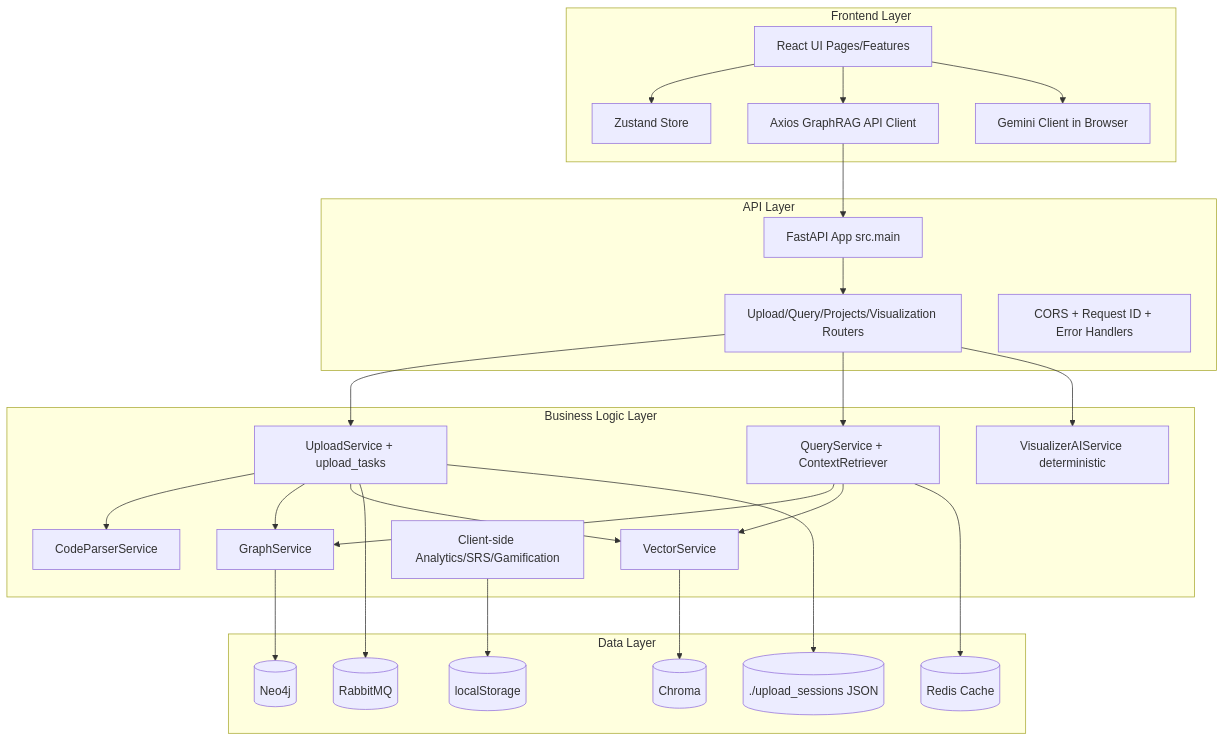
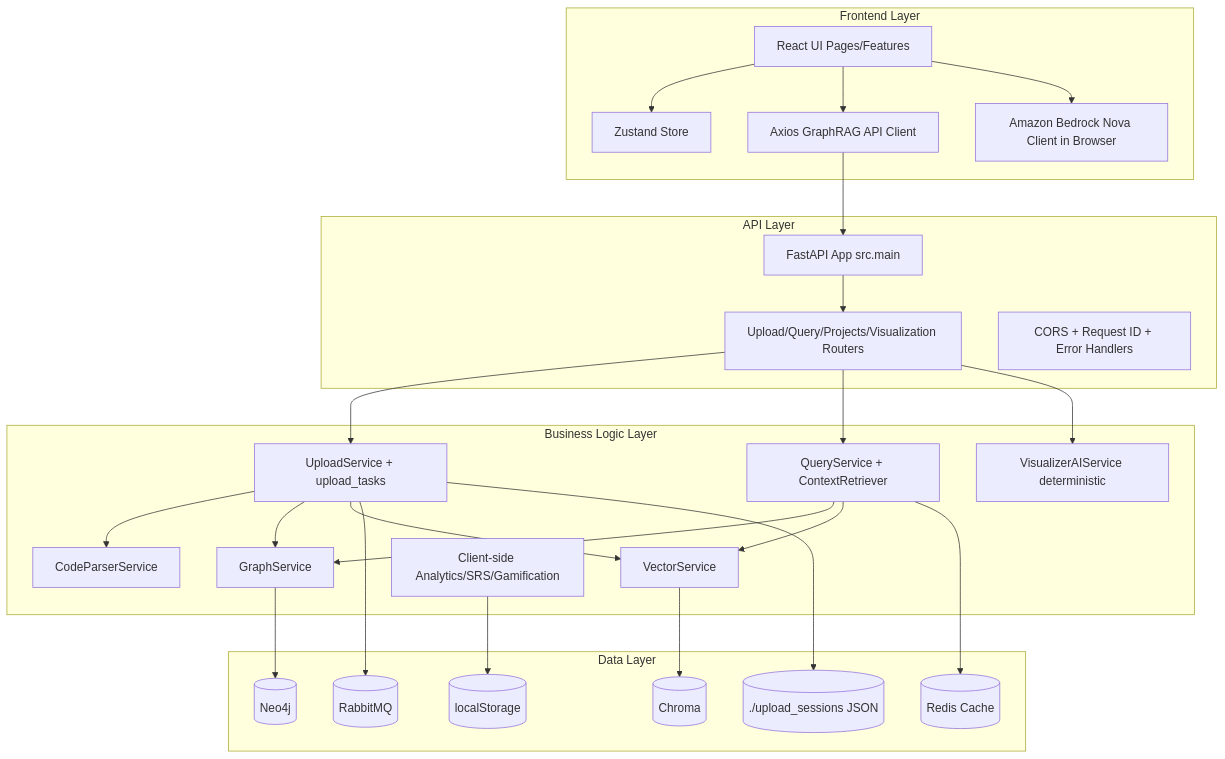
Before and after one commit to Ishan-K9868/socraticDev-final: the first of 7 diagrams in README.md, drawn with Mermaid. The commit also changed other lines of this file, not shown here.

````diff
--- a/README.md
+++ b/README.md
@@ -150,54 +150,54 @@
 ```mermaid
 flowchart TB
     subgraph FE[Frontend Layer]
       UI[React UI Pages/Features]
       STORE[Zustand Store]
-      CHAT[Gemini Client in Browser]
+      CHAT[Amazon Bedrock Nova Client in Browser]
       API_CLIENT[Axios GraphRAG API Client]
     end
 
     subgraph API[API Layer]
       FASTAPI[FastAPI App src.main]
       ROUTERS[Upload/Query/Projects/Visualization Routers]
       MIDDLEWARE[CORS + Request ID + Error Handlers]
     end
 
     subgraph BL[Business Logic Layer]
       UPLOAD[UploadService + upload_tasks]
       PARSER[CodeParserService]
       QUERY[QueryService + ContextRetriever]
       VIS[VisualizerAIService deterministic]
       GRAPH[GraphService]
       VECTOR[VectorService]
       ANALYTICS[Client-side Analytics/SRS/Gamification]
     end
 
     subgraph DATA[Data Layer]
       NEO4J[(Neo4j)]
       CHROMA[(Chroma)]
       REDIS[(Redis Cache)]
       RABBIT[(RabbitMQ)]
       SESSION[(./upload_sessions JSON)]
       LOCAL[(localStorage)]
     end
 
     UI --> STORE
     UI --> API_CLIENT
     UI --> CHAT
     API_CLIENT --> FASTAPI
     FASTAPI --> ROUTERS
     ROUTERS --> UPLOAD
     ROUTERS --> QUERY
     ROUTERS --> VIS
     UPLOAD --> PARSER
     UPLOAD --> GRAPH
     UPLOAD --> VECTOR
     UPLOAD --> RABBIT
     QUERY --> GRAPH
     QUERY --> VECTOR
     QUERY --> REDIS
     GRAPH --> NEO4J
     VECTOR --> CHROMA
     UPLOAD --> SESSION
     ANALYTICS --> LOCAL
 ```
````
